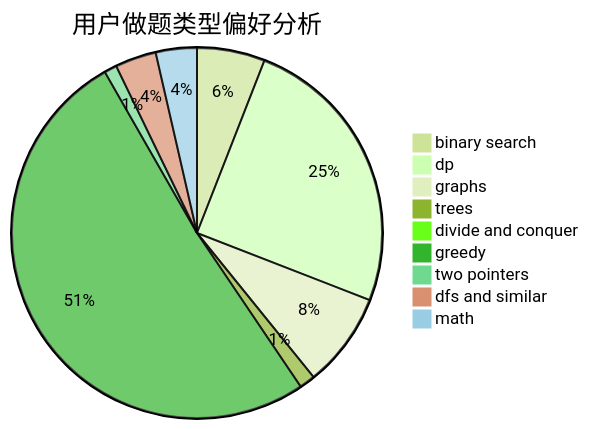
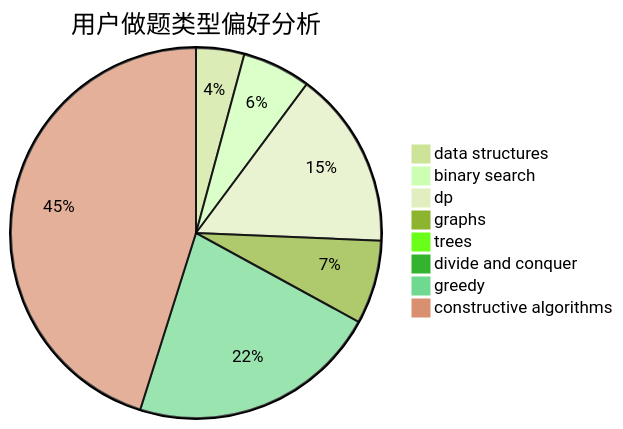
Before and after one commit to sherpahu/cfrs.github.io: the second of 3 diagrams in docs/user/u622.md, drawn with Mermaid (forest theme). The commit also changed other lines of this file and 2775 other files, not shown here.

````diff
--- a/docs/user/u622.md
+++ b/docs/user/u622.md
@@ -23,12 +23,11 @@
 ```mermaid
 pie title 用户做题类型偏好分析
-    "binary search" :  43
-    "dp" :  181
-    "graphs" :  60
-    "trees" :  10
+    "data structures" :  19
+    "binary search" :  27
+    "dp" :  70
+    "graphs" :  33
+    "trees" :  4
     "divide and conquer" :  0
-    "greedy" :  371
-    "two pointers" :  8
-    "dfs and similar" :  26
-    "math" :  26
+    "greedy" :  99
+    "constructive algorithms" :  204
 ```
````
